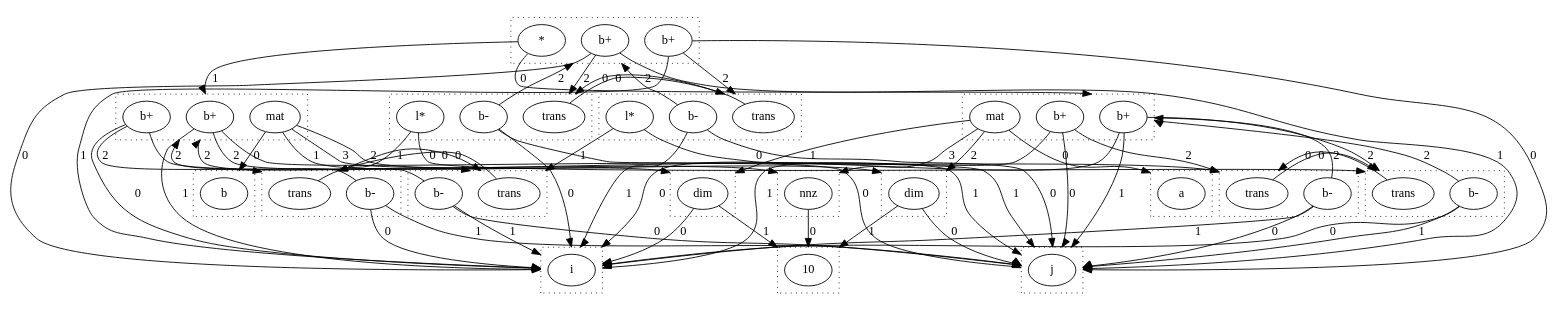
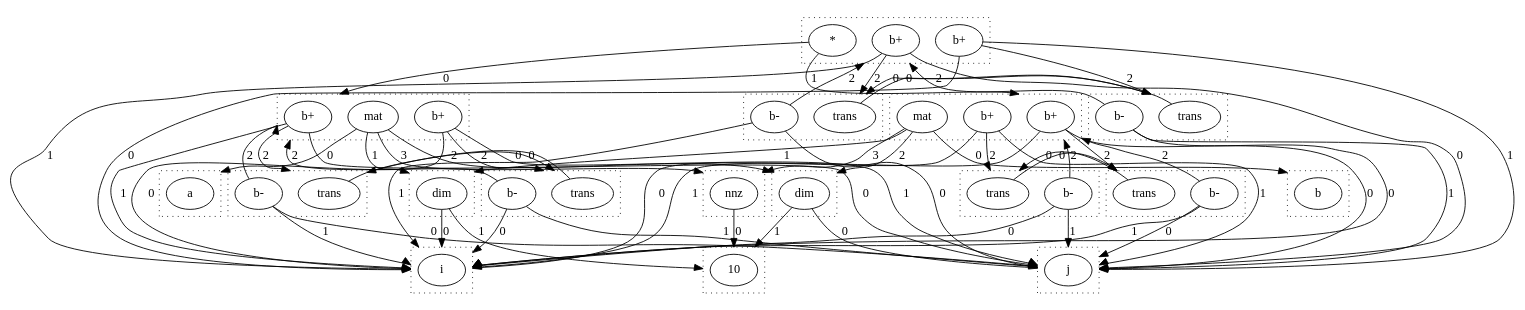
Before and after one commit to wormhole-optimization/warp: the diagram in dots/rabind.dot, drawn with Graphviz. The commit also changed 8 other files, not shown here.

```diff
--- a/dots/rabind.dot
+++ b/dots/rabind.dot
@@ -1,146 +1,140 @@
 digraph {
   compound=true
   subgraph cluster_0 {
     style=dotted
     0.0[label = "a"]
   }
   subgraph cluster_1 {
     style=dotted
     1.0[label = "i"]
   }
   subgraph cluster_2 {
     style=dotted
     2.0[label = "10"]
   }
   subgraph cluster_3 {
     style=dotted
     3.0[label = "dim"]
   }
   subgraph cluster_4 {
     style=dotted
     4.0[label = "j"]
   }
   subgraph cluster_5 {
     style=dotted
     5.0[label = "dim"]
   }
   subgraph cluster_6 {
     style=dotted
     6.0[label = "nnz"]
   }
   subgraph cluster_7 {
     style=dotted
     7.0[label = "b+"]
     7.1[label = "mat"]
     7.2[label = "b+"]
   }
   subgraph cluster_8 {
     style=dotted
     8.0[label = "b"]
   }
   subgraph cluster_9 {
     style=dotted
     9.0[label = "b+"]
     9.1[label = "mat"]
     9.2[label = "b+"]
   }
   subgraph cluster_10 {
     style=dotted
     10.0[label = "b+"]
     10.1[label = "*"]
     10.2[label = "b+"]
   }
   subgraph cluster_11 {
     style=dotted
     11.0[label = "trans"]
     11.1[label = "b-"]
   }
   subgraph cluster_13 {
     style=dotted
     13.0[label = "trans"]
     13.1[label = "b-"]
   }
   subgraph cluster_15 {
     style=dotted
     15.0[label = "trans"]
     15.1[label = "b-"]
   }
   subgraph cluster_17 {
     style=dotted
     17.0[label = "trans"]
     17.1[label = "b-"]
   }
   subgraph cluster_19 {
     style=dotted
     19.0[label = "trans"]
     19.1[label = "b-"]
-    19.2[label = "l*"]
   }
   subgraph cluster_21 {
     style=dotted
     21.0[label = "trans"]
     21.1[label = "b-"]
-    21.2[label = "l*"]
   }
   3.0 -> 1.0 [lhead = cluster_1, label = 0]
   3.0 -> 2.0 [lhead = cluster_2, label = 1]
   5.0 -> 4.0 [lhead = cluster_4, label = 0]
   5.0 -> 2.0 [lhead = cluster_2, label = 1]
   6.0 -> 2.0 [lhead = cluster_2, label = 0]
-  7.0 -> 1.0 [lhead = cluster_1, label = 0]
-  7.0 -> 4.0 [lhead = cluster_4, label = 1]
+  7.0 -> 4.0 [lhead = cluster_4, label = 0]
+  7.0 -> 1.0 [lhead = cluster_1, label = 1]
   7.0 -> 13.0 [lhead = cluster_13, label = 2]
   7.1 -> 0.0 [lhead = cluster_0, label = 0]
   7.1 -> 3.0 [lhead = cluster_3, label = 1]
   7.1 -> 5.0 [lhead = cluster_5, label = 2]
   7.1 -> 6.0 [lhead = cluster_6, label = 3]
-  7.2 -> 4.0 [lhead = cluster_4, label = 0]
-  7.2 -> 1.0 [lhead = cluster_1, label = 1]
+  7.2 -> 1.0 [lhead = cluster_1, label = 0]
+  7.2 -> 4.0 [lhead = cluster_4, label = 1]
   7.2 -> 11.0 [lhead = cluster_11, label = 2]
   9.0 -> 4.0 [lhead = cluster_4, label = 0]
   9.0 -> 1.0 [lhead = cluster_1, label = 1]
   9.0 -> 17.0 [lhead = cluster_17, label = 2]
   9.1 -> 8.0 [lhead = cluster_8, label = 0]
   9.1 -> 3.0 [lhead = cluster_3, label = 1]
   9.1 -> 5.0 [lhead = cluster_5, label = 2]
   9.1 -> 6.0 [lhead = cluster_6, label = 3]
   9.2 -> 1.0 [lhead = cluster_1, label = 0]
   9.2 -> 4.0 [lhead = cluster_4, label = 1]
   9.2 -> 15.0 [lhead = cluster_15, label = 2]
-  10.0 -> 1.0 [lhead = cluster_1, label = 0]
-  10.0 -> 4.0 [lhead = cluster_4, label = 1]
+  10.0 -> 4.0 [lhead = cluster_4, label = 0]
+  10.0 -> 1.0 [lhead = cluster_1, label = 1]
   10.0 -> 21.0 [lhead = cluster_21, label = 2]
   10.1 -> 7.0 [lhead = cluster_7, label = 0]
   10.1 -> 9.0 [lhead = cluster_9, label = 1]
-  10.2 -> 4.0 [lhead = cluster_4, label = 0]
-  10.2 -> 1.0 [lhead = cluster_1, label = 1]
+  10.2 -> 1.0 [lhead = cluster_1, label = 0]
+  10.2 -> 4.0 [lhead = cluster_4, label = 1]
   10.2 -> 19.0 [lhead = cluster_19, label = 2]
   11.0 -> 13.0 [lhead = cluster_13, label = 0]
-  11.1 -> 4.0 [lhead = cluster_4, label = 0]
-  11.1 -> 1.0 [lhead = cluster_1, label = 1]
+  11.1 -> 1.0 [lhead = cluster_1, label = 0]
+  11.1 -> 4.0 [lhead = cluster_4, label = 1]
   11.1 -> 7.0 [lhead = cluster_7, label = 2]
   13.0 -> 11.0 [lhead = cluster_11, label = 0]
-  13.1 -> 1.0 [lhead = cluster_1, label = 0]
-  13.1 -> 4.0 [lhead = cluster_4, label = 1]
+  13.1 -> 4.0 [lhead = cluster_4, label = 0]
+  13.1 -> 1.0 [lhead = cluster_1, label = 1]
   13.1 -> 7.0 [lhead = cluster_7, label = 2]
   15.0 -> 17.0 [lhead = cluster_17, label = 0]
   15.1 -> 1.0 [lhead = cluster_1, label = 0]
   15.1 -> 4.0 [lhead = cluster_4, label = 1]
   15.1 -> 9.0 [lhead = cluster_9, label = 2]
   17.0 -> 15.0 [lhead = cluster_15, label = 0]
   17.1 -> 4.0 [lhead = cluster_4, label = 0]
   17.1 -> 1.0 [lhead = cluster_1, label = 1]
   17.1 -> 9.0 [lhead = cluster_9, label = 2]
   19.0 -> 21.0 [lhead = cluster_21, label = 0]
-  19.1 -> 4.0 [lhead = cluster_4, label = 0]
-  19.1 -> 1.0 [lhead = cluster_1, label = 1]
+  19.1 -> 1.0 [lhead = cluster_1, label = 0]
+  19.1 -> 4.0 [lhead = cluster_4, label = 1]
   19.1 -> 10.0 [lhead = cluster_10, label = 2]
-  19.2 -> 11.0 [lhead = cluster_11, label = 0]
-  19.2 -> 17.0 [lhead = cluster_17, label = 1]
   21.0 -> 19.0 [lhead = cluster_19, label = 0]
-  21.1 -> 1.0 [lhead = cluster_1, label = 0]
-  21.1 -> 4.0 [lhead = cluster_4, label = 1]
+  21.1 -> 4.0 [lhead = cluster_4, label = 0]
+  21.1 -> 1.0 [lhead = cluster_1, label = 1]
   21.1 -> 10.0 [lhead = cluster_10, label = 2]
-  21.2 -> 13.0 [lhead = cluster_13, label = 0]
-  21.2 -> 15.0 [lhead = cluster_15, label = 1]
 }
```
